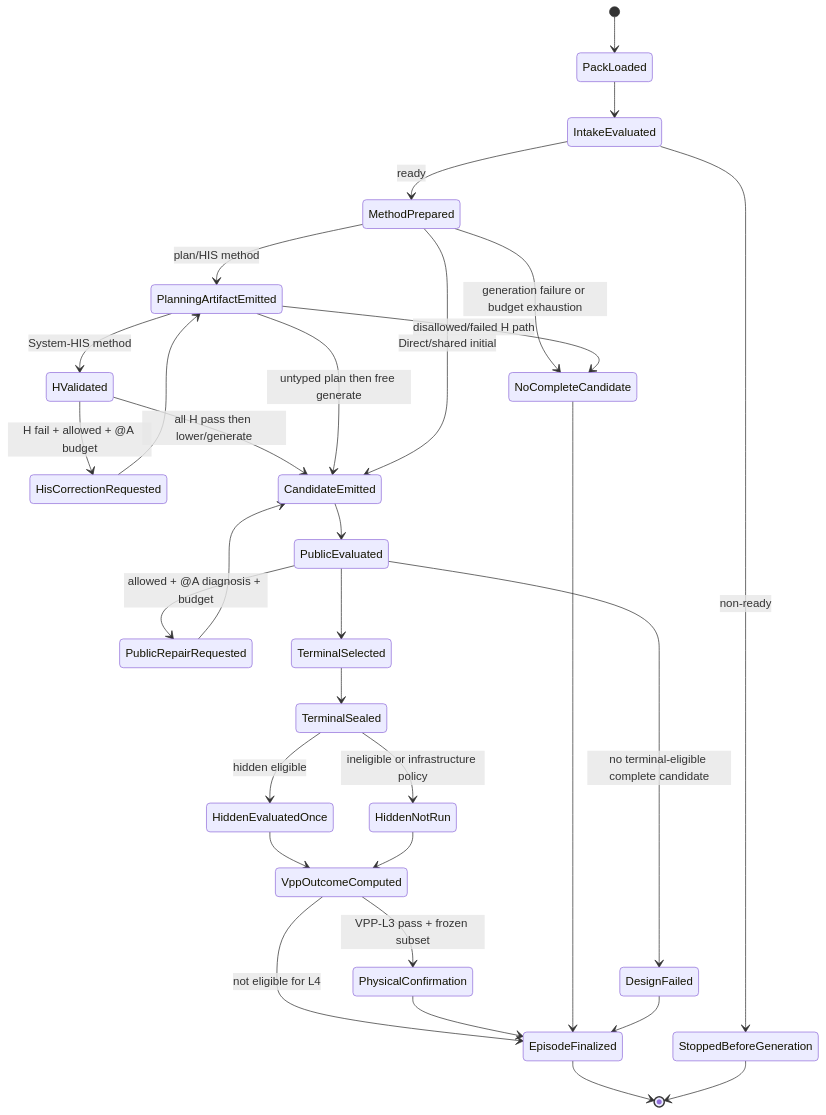
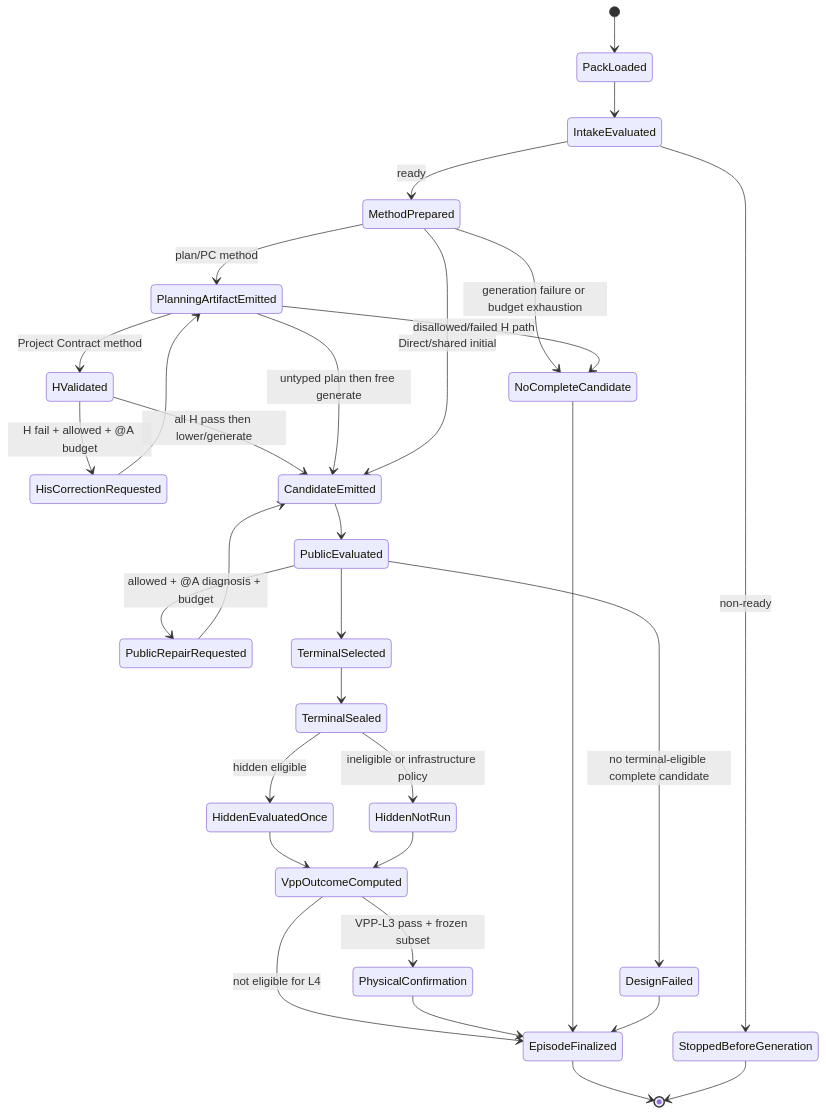
Before and after one commit to y779325643-art/cuc-ai-fpga: the second of 2 diagrams in docs/specs/2026-08-18-sr2fpga-paper1-code-architecture-development-spec.md, drawn with Mermaid. The commit also changed other lines of this file and 155 other files, not shown here.

````diff
--- a/docs/specs/2026-08-18-sr2fpga-paper1-code-architecture-development-spec.md
+++ b/docs/specs/2026-08-18-sr2fpga-paper1-code-architecture-development-spec.md
@@ -586,33 +590,33 @@
 ```mermaid
 stateDiagram-v2
     [*] --> PackLoaded
     PackLoaded --> IntakeEvaluated
     IntakeEvaluated --> StoppedBeforeGeneration: non-ready
     IntakeEvaluated --> MethodPrepared: ready
-    MethodPrepared --> PlanningArtifactEmitted: plan/HIS method
-    PlanningArtifactEmitted --> HValidated: System-HIS method
+    MethodPrepared --> PlanningArtifactEmitted: plan/PC method
+    PlanningArtifactEmitted --> HValidated: Project Contract method
     HValidated --> HisCorrectionRequested: H fail + allowed + @A budget
     HisCorrectionRequested --> PlanningArtifactEmitted
     HValidated --> CandidateEmitted: all H pass then lower/generate
     PlanningArtifactEmitted --> CandidateEmitted: untyped plan then free generate
     MethodPrepared --> CandidateEmitted: Direct/shared initial
     MethodPrepared --> NoCompleteCandidate: generation failure or budget exhaustion
     PlanningArtifactEmitted --> NoCompleteCandidate: disallowed/failed H path
     CandidateEmitted --> PublicEvaluated
     PublicEvaluated --> PublicRepairRequested: allowed + @A diagnosis + budget
     PublicRepairRequested --> CandidateEmitted
     PublicEvaluated --> TerminalSelected
     PublicEvaluated --> DesignFailed: no terminal-eligible complete candidate
     TerminalSelected --> TerminalSealed
     TerminalSealed --> HiddenEvaluatedOnce: hidden eligible
     TerminalSealed --> HiddenNotRun: ineligible or infrastructure policy
     HiddenEvaluatedOnce --> VppOutcomeComputed
     HiddenNotRun --> VppOutcomeComputed
     VppOutcomeComputed --> PhysicalConfirmation: VPP-L3 pass + frozen subset
     VppOutcomeComputed --> EpisodeFinalized: not eligible for L4
     PhysicalConfirmation --> EpisodeFinalized
     NoCompleteCandidate --> EpisodeFinalized
     DesignFailed --> EpisodeFinalized
     EpisodeFinalized --> [*]
     StoppedBeforeGeneration --> [*]
 ```
````
